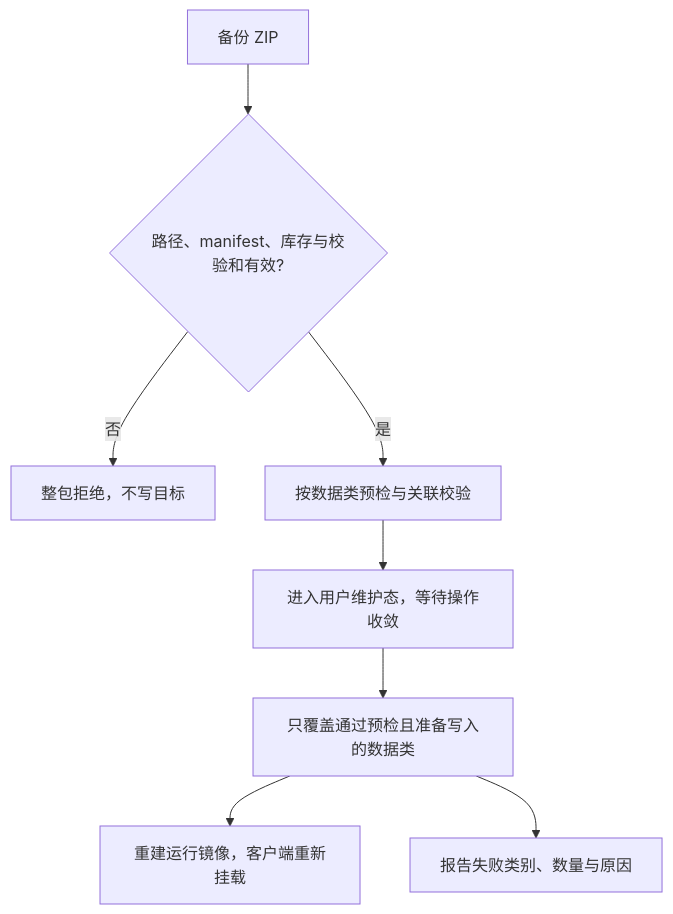
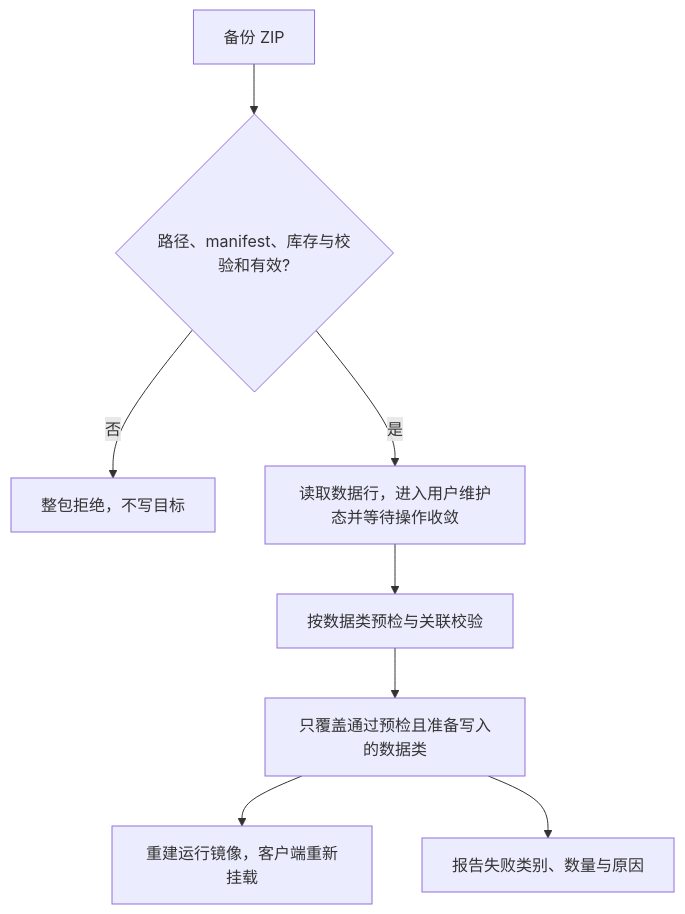
The third of 3 diagrams in docs/PROTOCOL.md (yangjinming1062/SpiritAgent), drawn with Mermaid before and after one commit. The commit also changed other lines of this file and 20 other files, not shown here.

````diff
--- a/docs/PROTOCOL.md
+++ b/docs/PROTOCOL.md
@@ -440,10 +445,10 @@
 ```mermaid
 flowchart TD
     Zip[备份 ZIP] --> Package{路径、manifest、库存与校验和有效?}
     Package -->|否| Reject[整包拒绝，不写目标]
-    Package -->|是| Classes[按数据类预检与关联校验]
-    Classes --> Maintenance[进入用户维护态，等待操作收敛]
-    Maintenance --> Restore[只覆盖通过预检且准备写入的数据类]
+    Package -->|是| Maintenance[读取数据行，进入用户维护态并等待操作收敛]
+    Maintenance --> Classes[按数据类预检与关联校验]
+    Classes --> Restore[只覆盖通过预检且准备写入的数据类]
     Restore --> Hydrate[重建运行镜像，客户端重新挂载]
     Restore --> Report[报告失败类别、数量与原因]
 ```
````
